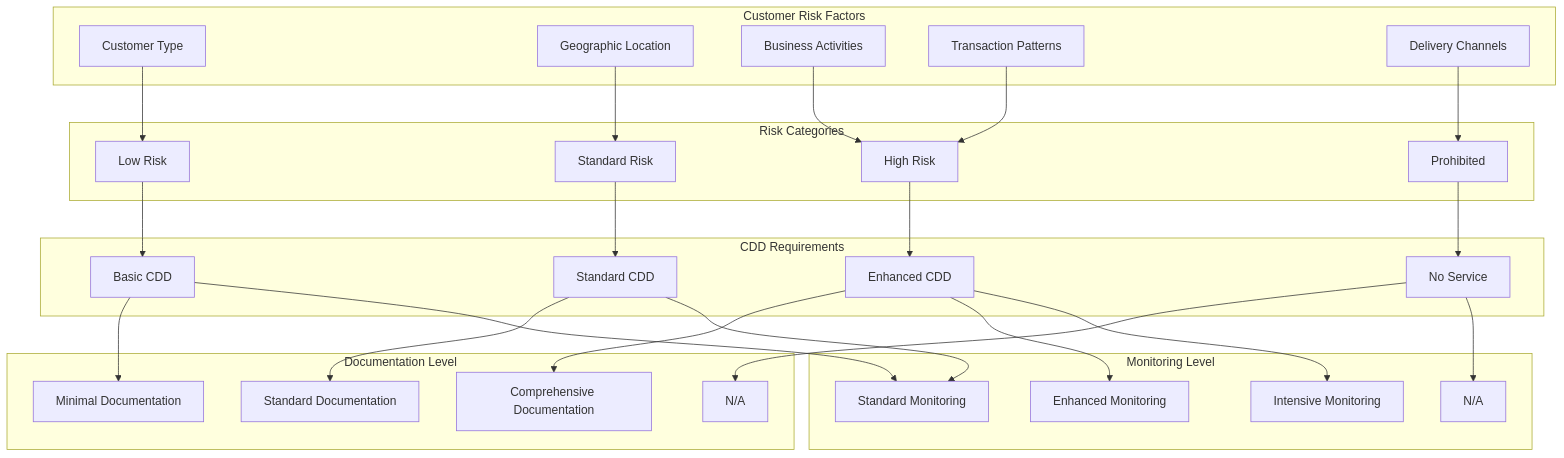
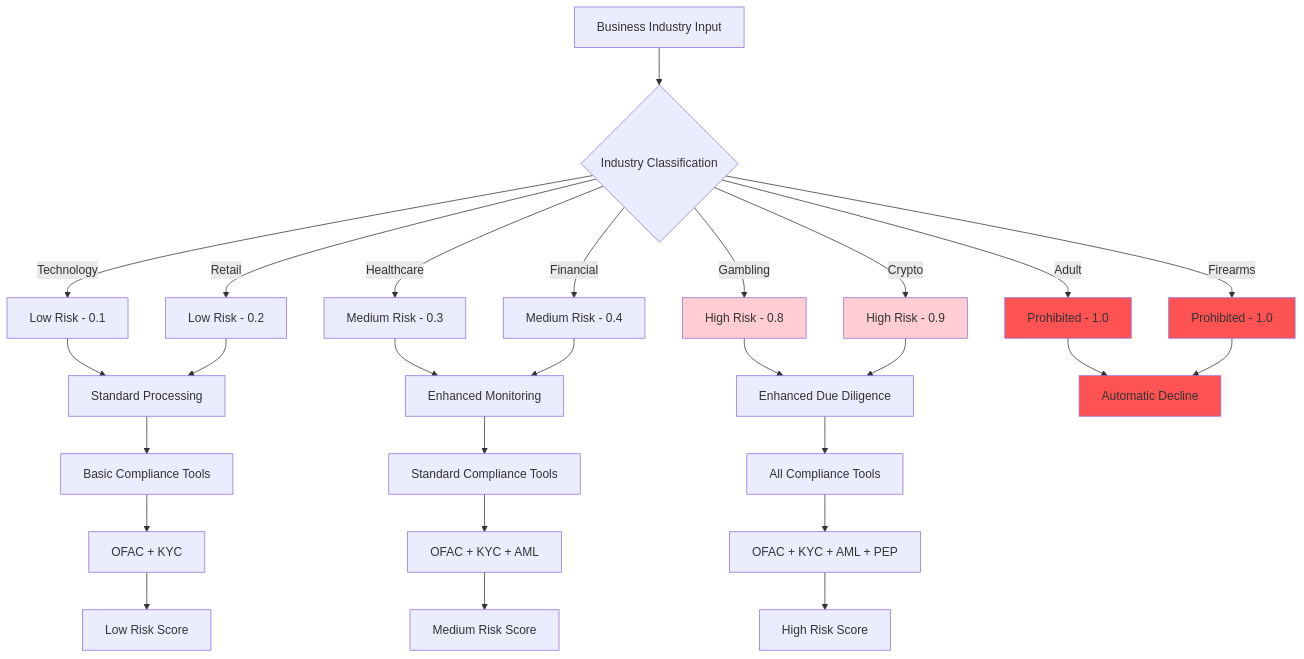
Before and after one commit to rishi154/merchant-onboarding: the seventh of 10 diagrams in merchant-onboarding/Compliance_Workflow_Diagrams.md, drawn with Mermaid. The commit also changed other lines of this file and 20 other files, not shown here.

````diff
--- a/merchant-onboarding/Compliance_Workflow_Diagrams.md
+++ b/merchant-onboarding/Compliance_Workflow_Diagrams.md
@@ -336,60 +293,40 @@
 ```mermaid
 flowchart TB
-    subgraph "Customer Risk Factors"
-        CRF1[Customer Type]
-        CRF2[Geographic Location]
-        CRF3[Business Activities]
-        CRF4[Transaction Patterns]
-        CRF5[Delivery Channels]
-    end
+    A[Business Industry Input] --> B{Industry Classification}
     
-    subgraph "Risk Categories"
-        RC1[Low Risk]
-        RC2[Standard Risk]
-        RC3[High Risk]
-        RC4[Prohibited]
-    end
+    B -->|Technology| C[Low Risk - 0.1]
+    B -->|Retail| D[Low Risk - 0.2]
+    B -->|Healthcare| E[Medium Risk - 0.3]
+    B -->|Financial| F[Medium Risk - 0.4]
+    B -->|Gambling| G[High Risk - 0.8]
+    B -->|Crypto| H[High Risk - 0.9]
+    B -->|Adult| I[Prohibited - 1.0]
+    B -->|Firearms| J[Prohibited - 1.0]
     
-    subgraph "CDD Requirements"
-        CDR1[Basic CDD]
-        CDR2[Standard CDD]
-        CDR3[Enhanced CDD]
-        CDR4[No Service]
-    end
+    C --> K[Standard Processing]
+    D --> K
+    E --> L[Enhanced Monitoring]
+    F --> L
+    G --> M[Enhanced Due Diligence]
+    H --> M
+    I --> N[Automatic Decline]
+    J --> N
     
-    subgraph "Documentation Level"
-        DL1[Minimal Documentation]
-        DL2[Standard Documentation]
-        DL3[Comprehensive Documentation]
-        DL4[N/A]
-    end
+    K --> O[Basic Compliance Tools]
+    L --> P[Standard Compliance Tools]
+    M --> Q[All Compliance Tools]
     
-    subgraph "Monitoring Level"
-        ML1[Standard Monitoring]
-        ML2[Enhanced Monitoring]
-        ML3[Intensive Monitoring]
-        ML4[N/A]
-    end
+    O --> R[OFAC + KYC]
+    P --> S[OFAC + KYC + AML]
+    Q --> T[OFAC + KYC + AML + PEP]
     
-    CRF1 --> RC1
-    CRF2 --> RC2
-    CRF3 --> RC3
-    CRF4 --> RC3
-    CRF5 --> RC4
+    R --> U[Low Risk Score]
+    S --> V[Medium Risk Score]
+    T --> W[High Risk Score]
     
-    RC1 --> CDR1
-    RC2 --> CDR2
-    RC3 --> CDR3
-    RC4 --> CDR4
-    
-    CDR1 --> DL1
-    CDR2 --> DL2
-    CDR3 --> DL3
-    CDR4 --> DL4
-    
-    CDR1 --> ML1
-    CDR2 --> ML1
-    CDR3 --> ML2
-    CDR3 --> ML3
-    CDR4 --> ML4
+    style G fill:#ffcdd2
+    style H fill:#ffcdd2
+    style I fill:#ff5252
+    style J fill:#ff5252
+    style N fill:#ff5252
 ```
````
